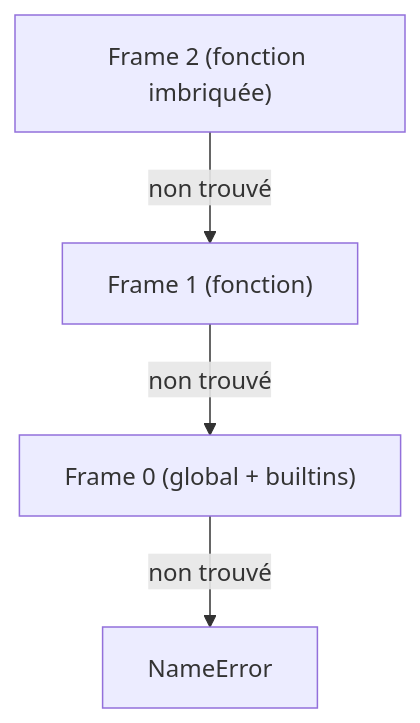
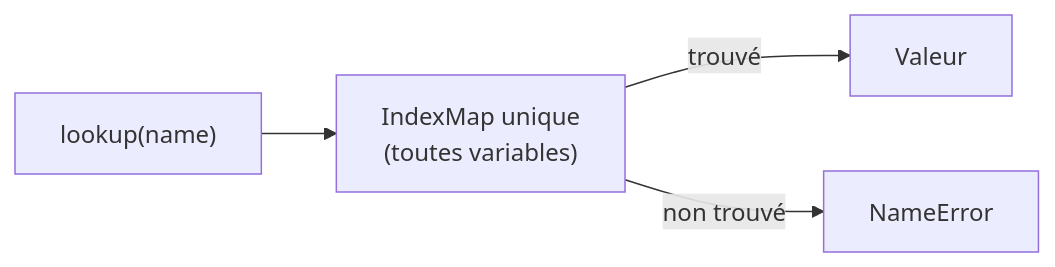
Before and after one commit to aristofor/catnip: the diagram in docs/lang/SCOPES_AND_VARIABLES.md, drawn with Mermaid. The commit also changed other lines of this file and 729 other files, not shown here.

````diff
--- a/docs/lang/SCOPES_AND_VARIABLES.md
+++ b/docs/lang/SCOPES_AND_VARIABLES.md
@@ -195,6 +195,6 @@
 ```mermaid
-graph TD
-    F2["Frame 2 (fonction imbriquée)"] -->|non trouvé| F1["Frame 1 (fonction)"]
-    F1 -->|non trouvé| F0["Frame 0 (global + builtins)"]
-    F0 -->|non trouvé| ERR["NameError"]
+graph LR
+    REQ["lookup(name)"] --> HM["IndexMap unique<br/>(toutes variables)"]
+    HM -->|trouvé| VAL["Valeur"]
+    HM -->|non trouvé| ERR["NameError"]
 ```
````
